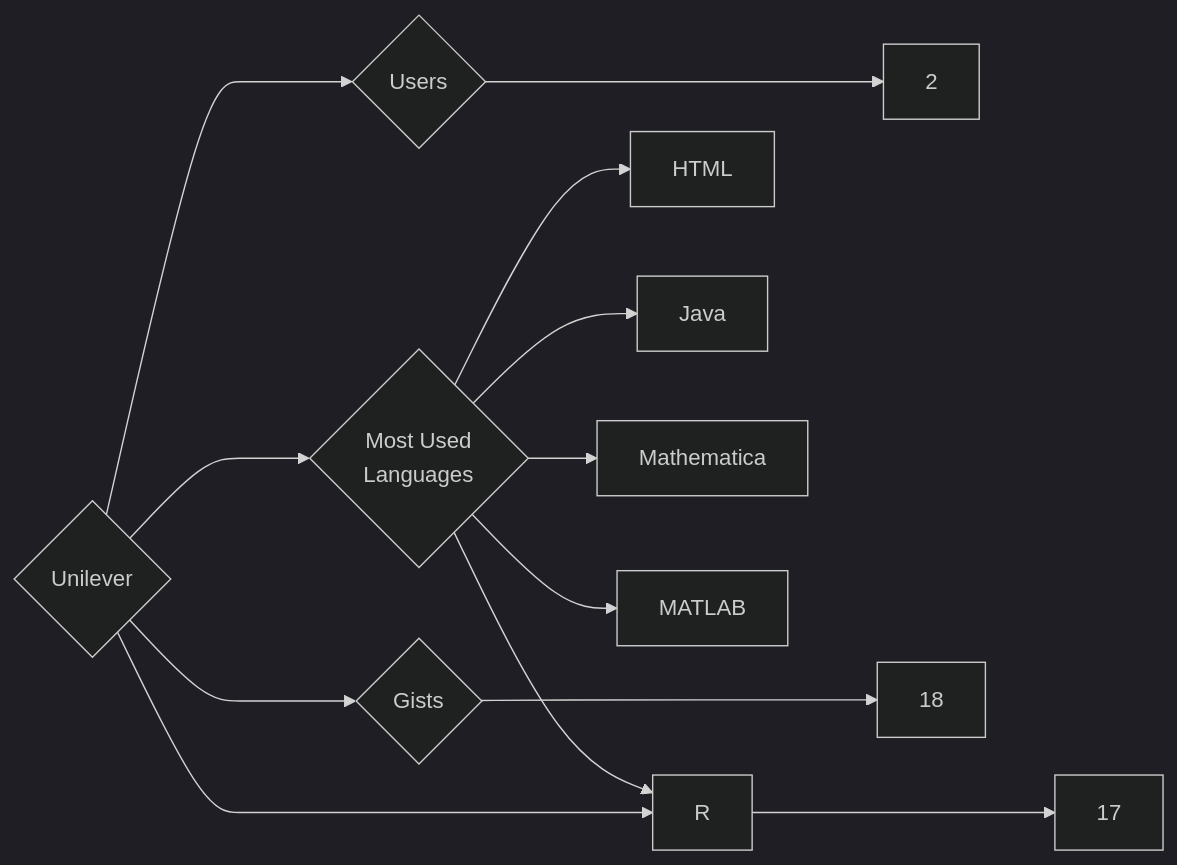
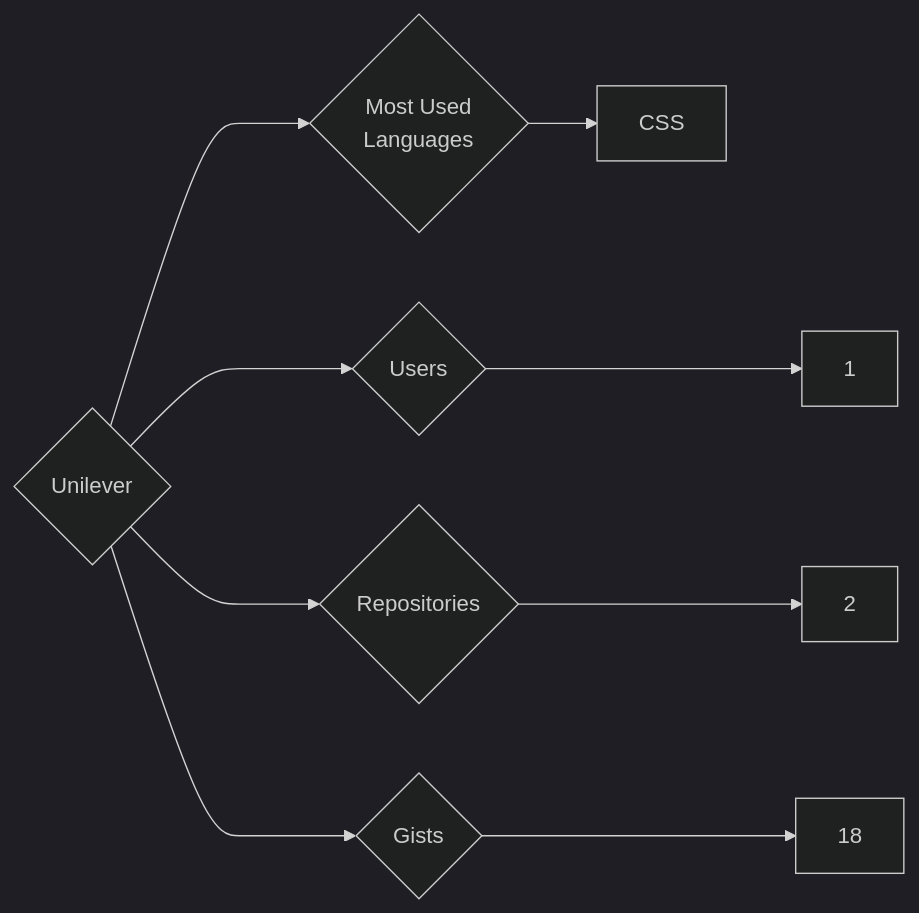
Before and after one commit to trickest/insiders: the diagram in targets/Unilever/README.md, drawn with Mermaid (dark theme). The commit also changed 695 other files, not shown here.

````diff
--- a/targets/Unilever/README.md
+++ b/targets/Unilever/README.md
@@ -3,13 +3,9 @@
 ```mermaid
 graph LR
 COMPANY_NAME{Unilever}
-COMPANY_NAME ---> U{Users} ---> UN[2]
-COMPANY_NAME ---> R{Repositories} ---> RN[17]
+COMPANY_NAME ---> U{Users} ---> UN[1]
+COMPANY_NAME ---> R{Repositories} ---> RN[2]
 COMPANY_NAME ---> G{Gists} ---> GN[18]
 COMPANY_NAME ---> ML{Most Used<br>Languages}
-ML --> HTML[HTML]
-ML --> Java[Java]
-ML --> R[R]
-ML --> Mathematica[Mathematica]
-ML --> MATLAB[MATLAB]
+ML --> CSS[CSS]
 ```
````
